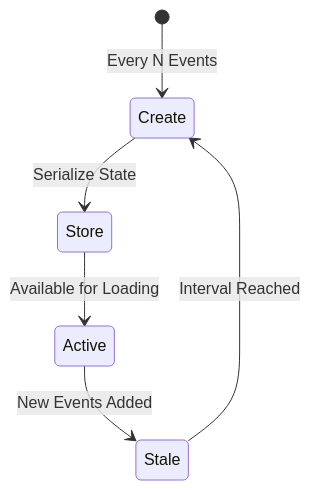
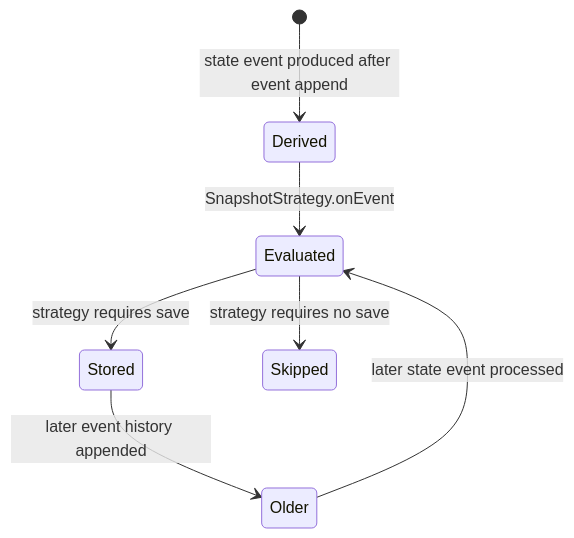
Before and after one commit to Ahoo-Wang/Wow: the second of 3 diagrams in documentation/docs/en/guide/snapshot.md, drawn with Mermaid. The commit also changed other lines of this file and 166 other files, not shown here.

````diff
--- a/documentation/docs/en/guide/snapshot.md
+++ b/documentation/docs/en/guide/snapshot.md
@@ -105,8 +79,9 @@
 ```mermaid
 stateDiagram-v2
-    [*] --> Create: Every N Events
-    Create --> Store: Serialize State
-    Store --> Active: Available for Loading
-    Active --> Stale: New Events Added
-    Stale --> Create: Interval Reached
+    [*] --> Derived: state event produced after event append
+    Derived --> Evaluated: SnapshotStrategy.onEvent
+    Evaluated --> Stored: strategy requires save
+    Evaluated --> Skipped: strategy requires no save
+    Stored --> Older: later event history appended
+    Older --> Evaluated: later state event processed
 ```
````
